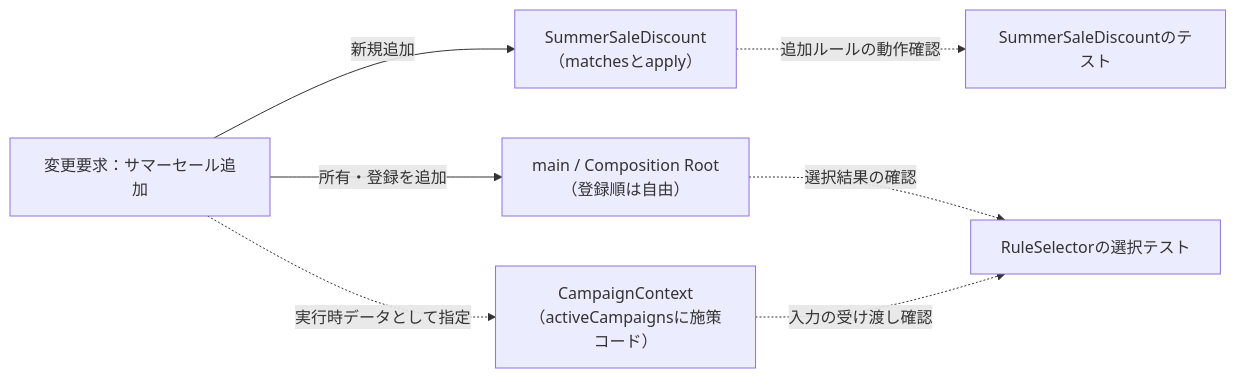
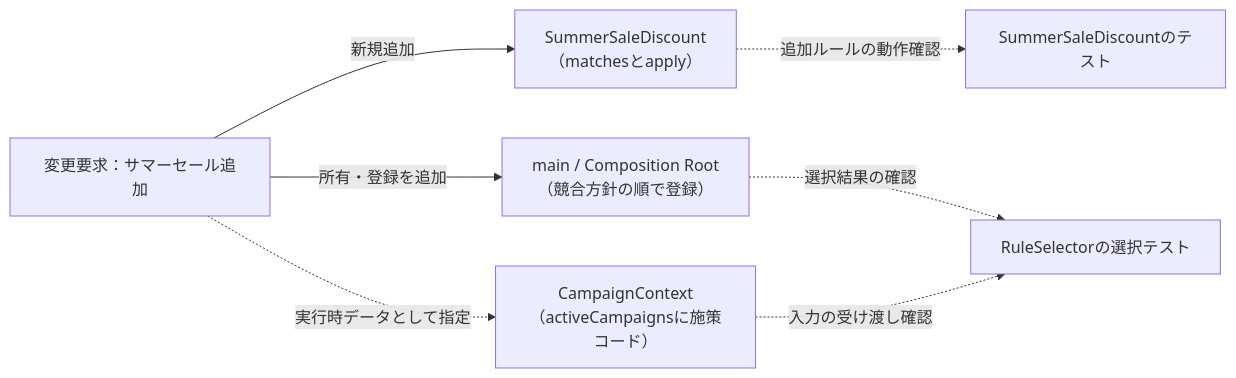
Before and after one commit to kumachan1101-pixel/DesignPattern: diagram 15 of 17 in kindle/design-patterns/output/chapter01.md, drawn with Mermaid. The commit also changed other lines of this file and 28 other files, not shown here.

Commit message:
docs: simplify phase 6 design flow

````diff
--- a/kindle/design-patterns/output/chapter01.md
+++ b/kindle/design-patterns/output/chapter01.md
@@ -2991,10 +2876,10 @@
 ```mermaid
 graph LR
     T1["変更要求：サマーセール追加"]
         -->|新規追加| N1["SummerSaleDiscount<br>（matchesとapply）"]
-    T1 -->|所有・登録を追加| N2["main / Composition Root<br>（登録順は自由）"]
+    T1 -->|所有・登録を追加| N2["main / Composition Root<br>（競合方針の順で登録）"]
     T1 -.->|実行時データとして指定| N3["CampaignContext<br>（activeCampaignsに施策コード）"]
     N1 -.->|追加ルールの動作確認| T2["SummerSaleDiscountのテスト"]
     N2 -.->|選択結果の確認| T3["RuleSelectorの選択テスト"]
     N3 -.->|入力の受け渡し確認| T3
 ```
````
